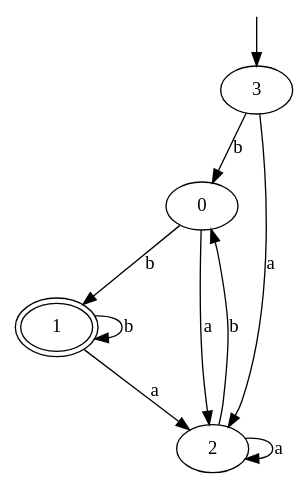
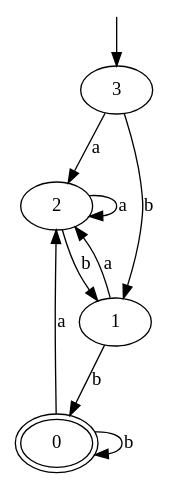
Before and after one commit to p9romain/automaton: the diagram in dfa.dot, drawn with Graphviz. The commit also changed 13 other files, not shown here.

```diff
--- a/dfa.dot
+++ b/dfa.dot
@@ -1,14 +1,14 @@
 digraph automaton
 {
   __INVISIBLE_NODE_0__ [label= "", shape=none,height=.0,width=.0] ;
   __INVISIBLE_NODE_0__ -> 3 ;
-  1 [peripheries=2] ;
-  0 -> 1 [label="b"] ;
+  0 [peripheries=2] ;
+  0 -> 0 [label="b"] ;
   0 -> 2 [label="a"] ;
-  1 -> 1 [label="b"] ;
+  1 -> 0 [label="b"] ;
   1 -> 2 [label="a"] ;
-  2 -> 0 [label="b"] ;
+  2 -> 1 [label="b"] ;
   2 -> 2 [label="a"] ;
-  3 -> 0 [label="b"] ;
+  3 -> 1 [label="b"] ;
   3 -> 2 [label="a"] ;
 }
```
